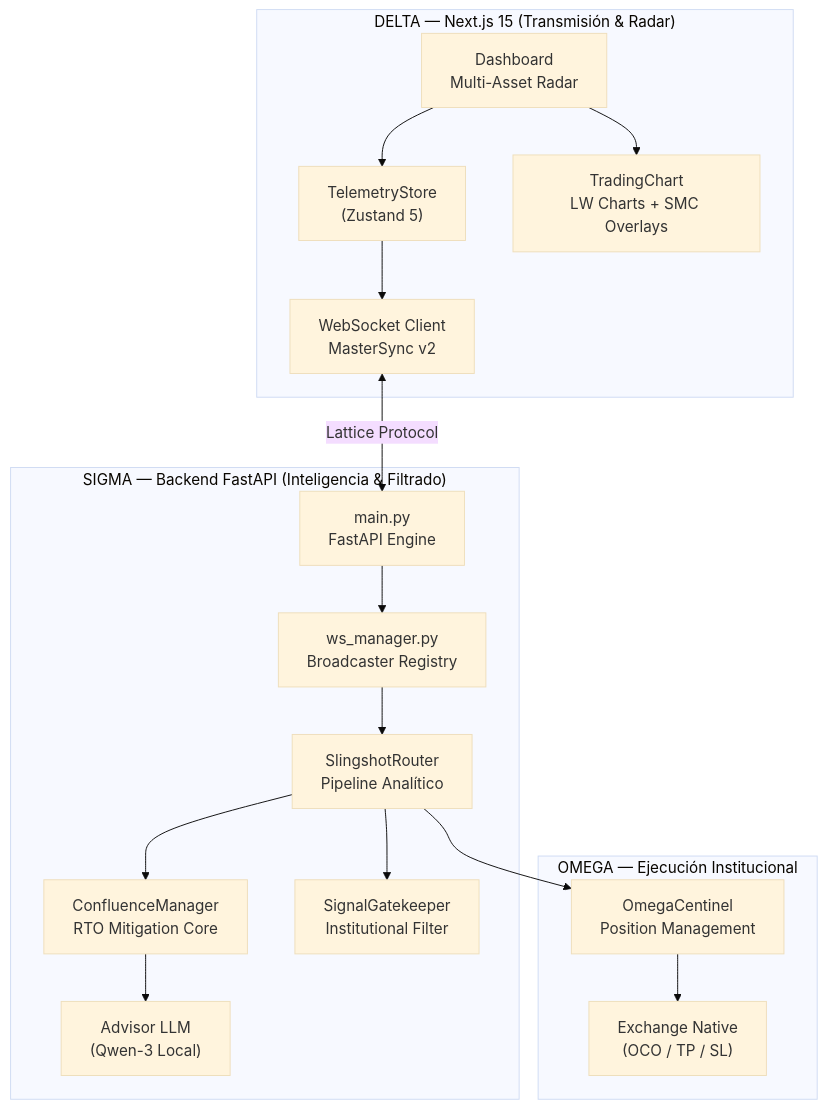
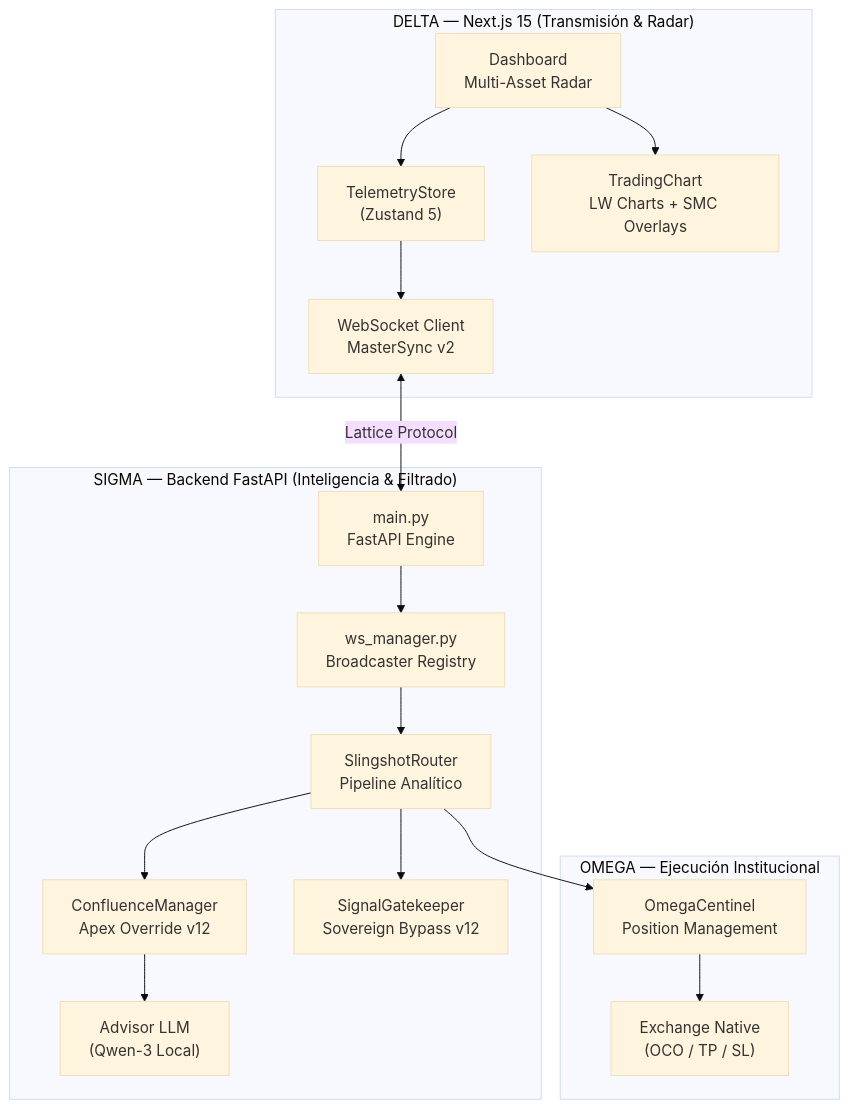
The diagram in README.md (matiquelmec/Slingshot), drawn with Mermaid (base theme) before and after one commit. The commit also changed other lines of this file and 7 other files, not shown here.

````diff
--- a/README.md
+++ b/README.md
@@ -18,23 +18,23 @@
 ```mermaid
 graph TB
     subgraph "DELTA — Next.js 15 (Transmisión & Radar)"
         A["Dashboard<br/>Multi-Asset Radar"] --> B["TelemetryStore<br/>(Zustand 5)"]
         B --> C["WebSocket Client<br/>MasterSync v2"]
         A --> D["TradingChart<br/>LW Charts + SMC Overlays"]
     end
 
     subgraph "SIGMA — Backend FastAPI (Inteligencia & Filtrado)"
         J["main.py<br/>FastAPI Engine"] --> K["ws_manager.py<br/>Broadcaster Registry"]
         K --> L["SlingshotRouter<br/>Pipeline Analítico"]
-        L --> M["ConfluenceManager<br/>RTO Mitigation Core"]
-        L --> N["SignalGatekeeper<br/>Institutional Filter"]
+        L --> M["ConfluenceManager<br/>Apex Override v12"]
+        L --> N["SignalGatekeeper<br/>Sovereign Bypass v12"]
         M --> S["Advisor LLM<br/>(Qwen-3 Local)"]
     end
 
     subgraph "OMEGA — Ejecución Institucional"
         T["OmegaCentinel<br/>Position Management"] --> BB["Exchange Native<br/>(OCO / TP / SL)"]
     end
 
     C <--> |"Lattice Protocol"| J
     L --> T
 ```
````
